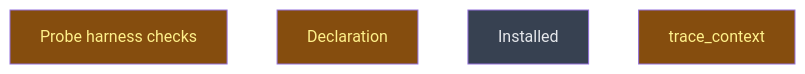
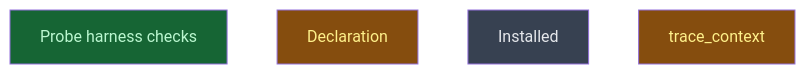
The diagram in __roadmap__/m6_5-agent-config/README.md (CrackingShells/Candler), drawn with Mermaid before and after one commit. The commit also changed other lines of this file and 1 other file, not shown here.

Commit message:
rdm(api): mark the M6.5 probe done

````diff
--- a/__roadmap__/m6_5-agent-config/README.md
+++ b/__roadmap__/m6_5-agent-config/README.md
@@ -21,12 +21,12 @@
 ```mermaid
 graph TD
-    probe_harness_checks[Probe harness checks]:::inprogress
+    probe_harness_checks[Probe harness checks]:::done
     declaration[Declaration]:::inprogress
     installed[Installed]:::planned
     trace_context[trace_context]:::inprogress
     classDef done       fill:#166534,color:#bbf7d0
     classDef inprogress fill:#854d0e,color:#fef08a
     classDef planned    fill:#374151,color:#e5e7eb
     classDef amendment  fill:#1e3a5f,color:#bfdbfe
     classDef blocked    fill:#7f1d1d,color:#fecaca
 ```
````
